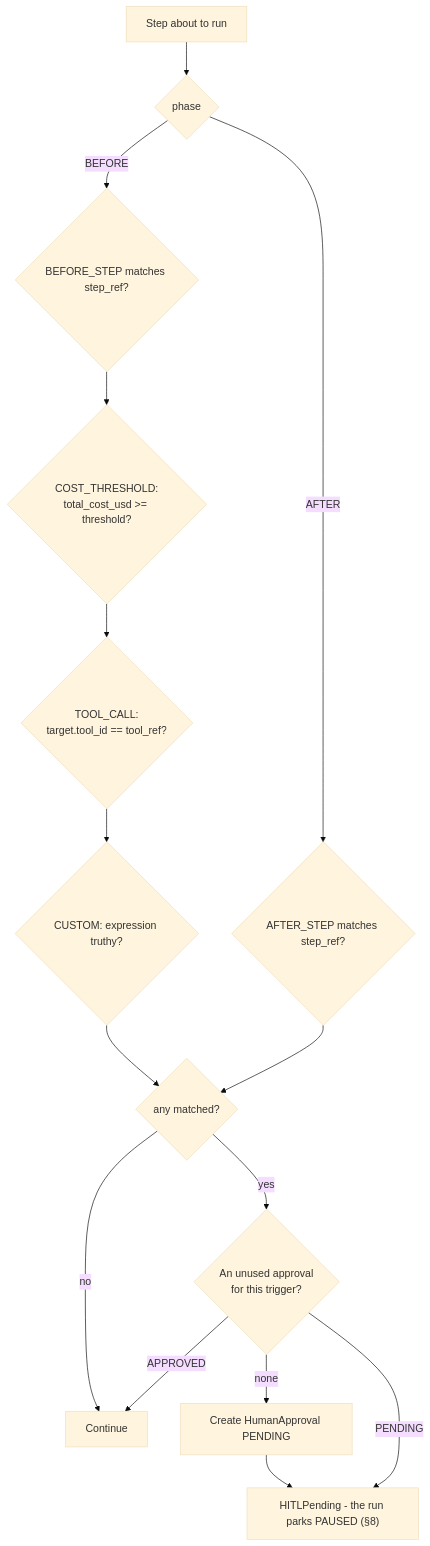
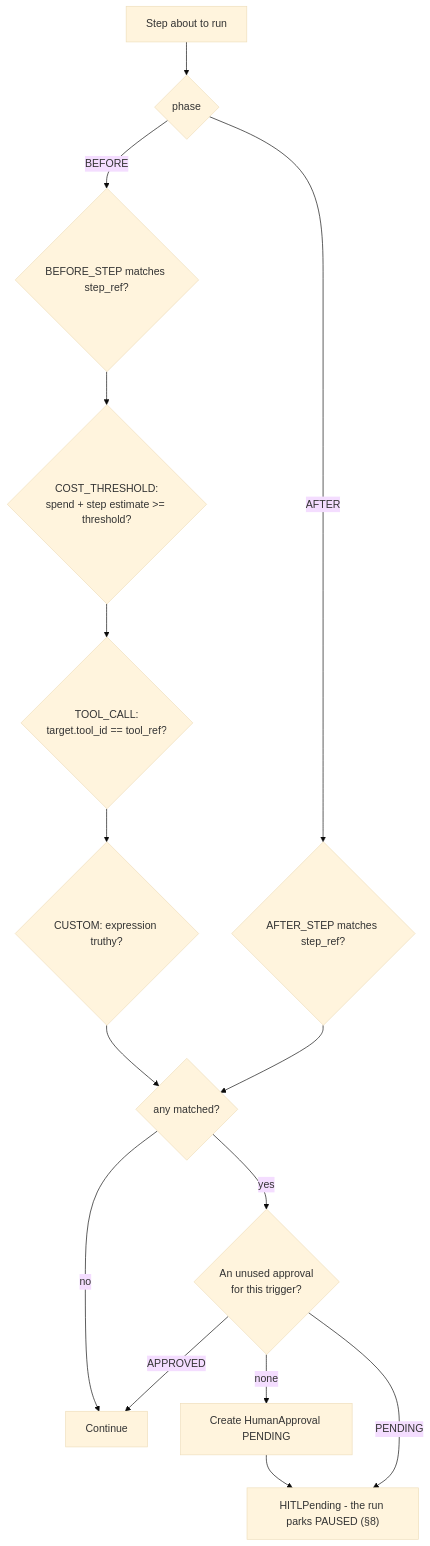
The sixth of 14 diagrams in docs/current/15-governance-and-hitl.md (gondolerahul/hire-buddha-app), drawn with Mermaid (base theme) before and after one commit. The commit also changed other lines of this file and 4 other files, not shown here.

````diff
--- a/docs/current/15-governance-and-hitl.md
+++ b/docs/current/15-governance-and-hitl.md
@@ -421,17 +426,17 @@
 ```mermaid
 flowchart TD
     STEP["Step about to run"] --> PH{"phase"}
     PH -->|BEFORE| B1{"BEFORE_STEP matches step_ref?"}
-    B1 --> B2{"COST_THRESHOLD:<br/>total_cost_usd >= threshold?"}
+    B1 --> B2{"COST_THRESHOLD:<br/>spend + step estimate >= threshold?"}
     B2 --> B3{"TOOL_CALL:<br/>target.tool_id == tool_ref?"}
     B3 --> B4{"CUSTOM: expression truthy?"}
     B4 --> FIRE{"any matched?"}
     PH -->|AFTER| A1{"AFTER_STEP matches step_ref?"}
     A1 --> FIRE
     FIRE -->|no| CONT["Continue"]
     FIRE -->|yes| FIND{"An unused approval<br/>for this trigger?"}
     FIND -->|none| CREATE["Create HumanApproval PENDING"]
     CREATE --> PARK["HITLPending - the run parks PAUSED (§8)"]
     FIND -->|PENDING| PARK
     FIND -->|APPROVED| CONT
 ```
````
